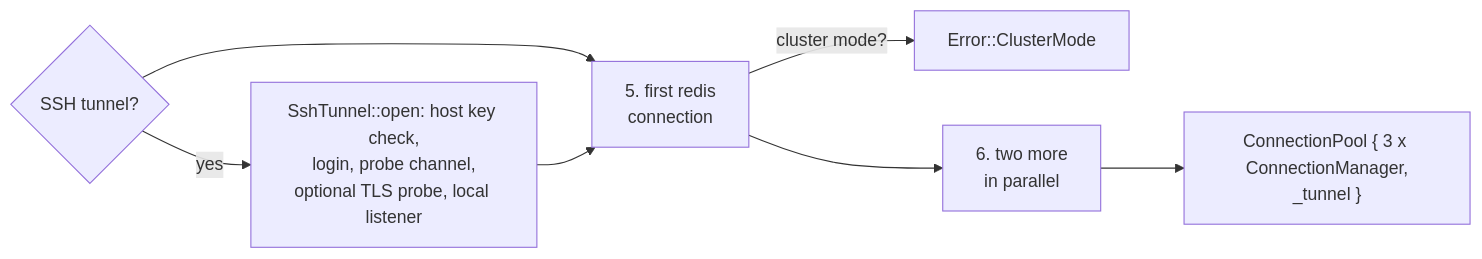
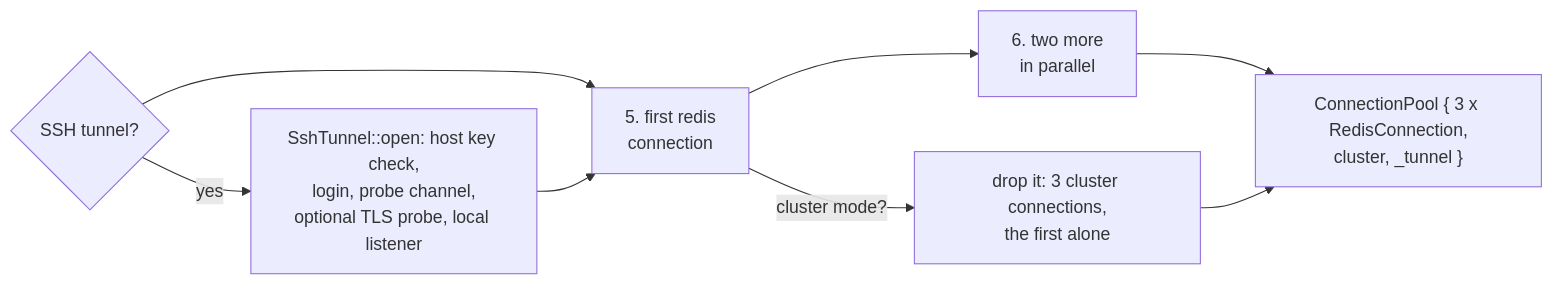
Before and after one commit to iRed4321/Cachemire: the third of 5 diagrams in crates/cachemire-core/wiki/connection.md, drawn with Mermaid. The commit also changed other lines of this file and 29 other files, not shown here.

````diff
--- a/crates/cachemire-core/wiki/connection.md
+++ b/crates/cachemire-core/wiki/connection.md
@@ -110,10 +110,11 @@
 ```mermaid
 flowchart LR
     S{"SSH tunnel?"}
     S -->|yes| T["SshTunnel::open: host key check,<br/>login, probe channel,<br/>optional TLS probe, local listener"]
     S --> F
     T --> F["5. first redis<br/>connection"]
-    F -->|cluster mode?| X["Error::ClusterMode"]
+    F -->|"cluster mode?"| X["drop it: 3 cluster connections,<br/>the first alone"]
     F --> G["6. two more<br/>in parallel"]
-    G --> H["ConnectionPool { 3 x ConnectionManager,<br/>_tunnel }"]
+    G --> H["ConnectionPool { 3 x RedisConnection,<br/>cluster, _tunnel }"]
+    X --> H
 ```
````
